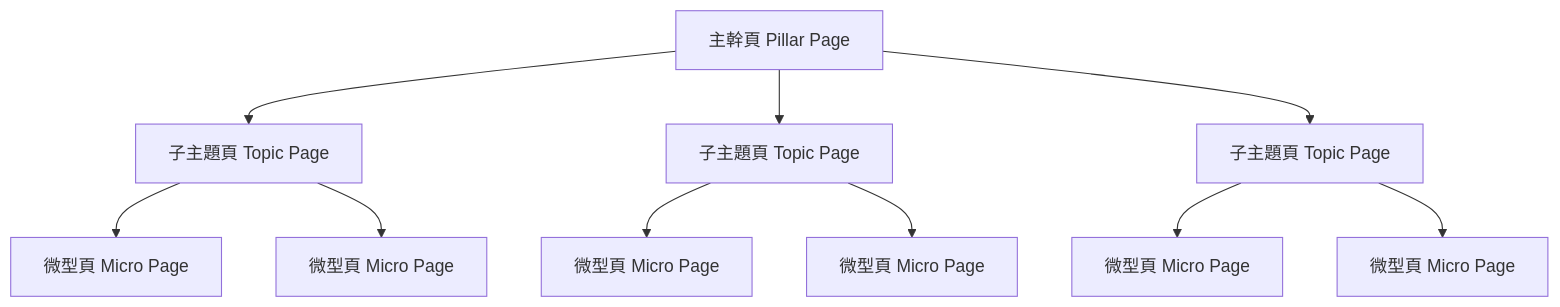
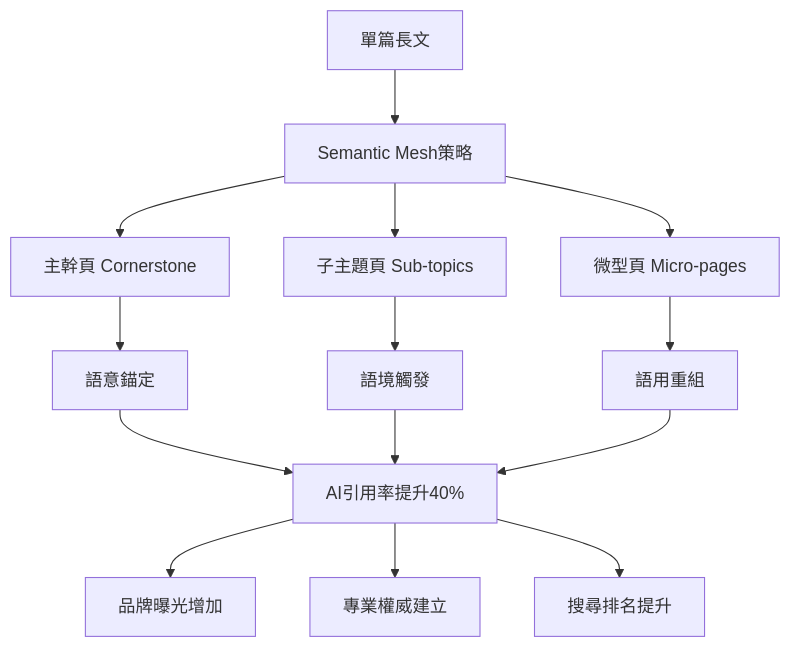
One commit to bless25min/AIOGEO-Knowledge changed the diagram in posts/semantic-mesh.md. Above: the diagram before and after it, drawn with Mermaid. The commit also changed other lines of this file, not shown here.

````diff
--- a/posts/semantic-mesh.md
+++ b/posts/semantic-mesh.md
@@ -13,15 +25,19 @@
 ```mermaid
-graph TD
-    A[主幹頁 Pillar Page] --> B[子主題頁 Topic Page]
-    A --> C[子主題頁 Topic Page]  
-    A --> D[子主題頁 Topic Page]
+graph TB
+    A[單篇長文] --> B[Semantic Mesh策略]
+    B --> C[主幹頁 Cornerstone]
+    B --> D[子主題頁 Sub-topics] 
+    B --> E[微型頁 Micro-pages]
     
-    B --> E[微型頁 Micro Page]
-    B --> F[微型頁 Micro Page]
+    C --> F[語意錨定]
+    D --> G[語境觸發]
+    E --> H[語用重組]
     
-    C --> G[微型頁 Micro Page]
-    C --> H[微型頁 Micro Page]
+    F --> I[AI引用率提升40%]
+    G --> I
+    H --> I
     
-    D --> I[微型頁 Micro Page]
-    D --> J[微型頁 Micro Page]
+    I --> J[品牌曝光增加]
+    I --> K[專業權威建立]
+    I --> L[搜尋排名提升]
 ```
````
